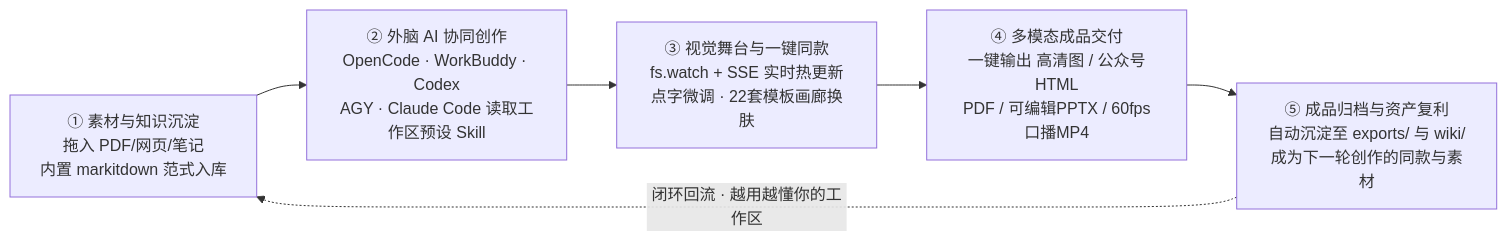
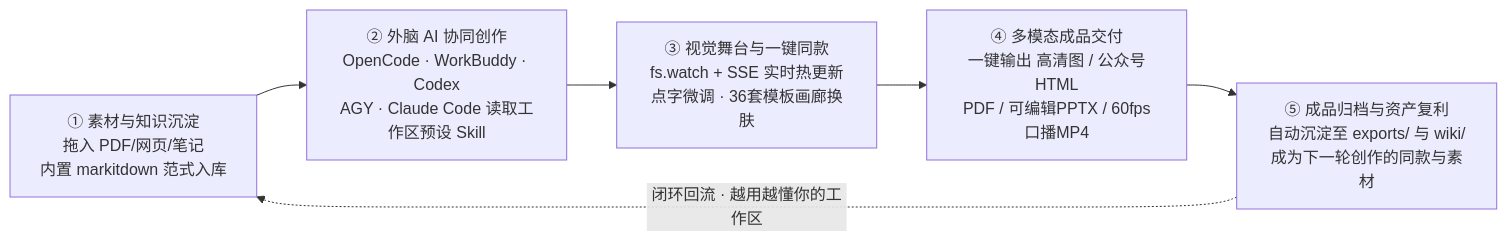
The first of 2 diagrams in docs/AIMAKE_2_0_CALM_WORKSPACE_DESIGN.md (chicogong/aimake-creator), drawn with Mermaid before and after one commit. The commit also changed other lines of this file and 12 other files, not shown here.

````diff
--- a/docs/AIMAKE_2_0_CALM_WORKSPACE_DESIGN.md
+++ b/docs/AIMAKE_2_0_CALM_WORKSPACE_DESIGN.md
@@ -22,11 +25,11 @@
 ```mermaid
 flowchart LR
   S1["① 素材与知识沉淀\n拖入 PDF/网页/笔记\n内置 markitdown 范式入库"]
   S2["② 外脑 AI 协同创作\nOpenCode · WorkBuddy · Codex\nAGY · Claude Code 读取工作区预设 Skill"]
-  S3["③ 视觉舞台与一键同款\nfs.watch + SSE 实时热更新\n点字微调 · 22套模板画廊换肤"]
+  S3["③ 视觉舞台与一键同款\nfs.watch + SSE 实时热更新\n点字微调 · 36套模板画廊换肤"]
   S4["④ 多模态成品交付\n一键输出 高清图 / 公众号HTML\nPDF / 可编辑PPTX / 60fps口播MP4"]
   S5["⑤ 成品归档与资产复利\n自动沉淀至 exports/ 与 wiki/\n成为下一轮创作的同款与素材"]
 
   S1 --> S2 --> S3 --> S4 --> S5
   S5 -. "闭环回流 · 越用越懂你的工作区" .-> S1
 ```
````
